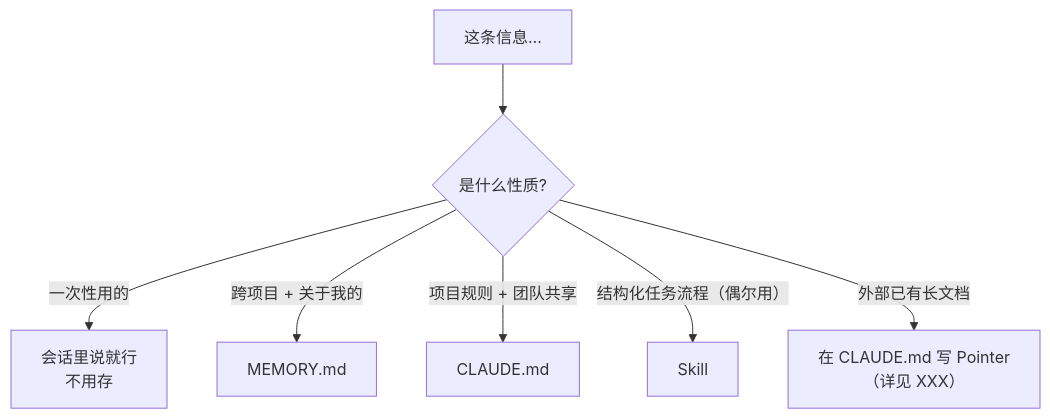
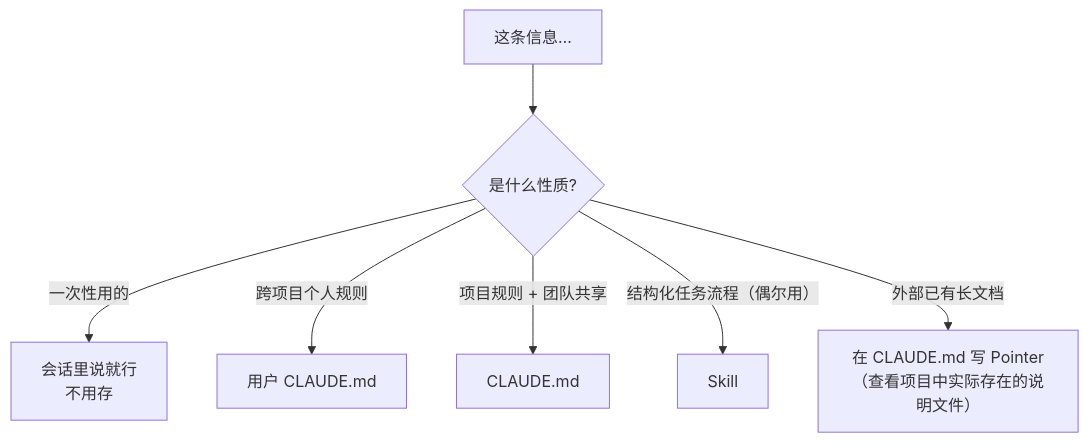
The fourth of 5 diagrams in manuscript/附录/D-决策流程图.md (mali9527/claude-code-full-guide-for-beginners), drawn with Mermaid before and after one commit. The commit also changed other lines of this file and 130 other files, not shown here.

````diff
--- a/manuscript/附录/D-决策流程图.md
+++ b/manuscript/附录/D-决策流程图.md
@@ -120,10 +117,10 @@
 ```mermaid
 %%{init: {"look": "handDrawn", "theme": "neutral", "themeVariables": {"fontFamily": "'Chalkboard SE','Comic Sans MS','Segoe Print','Kaiti SC','STKaiti','KaiTi','Bradley Hand',cursive", "fontSize": "15px"}}}%%
 flowchart TD
   A["这条信息…"] --> B{"是什么性质?"}
   B -->|"一次性用的"| C["会话里说就行<br/>不用存"]
-  B -->|"跨项目 + 关于我的"| D["MEMORY.md"]
+  B -->|"跨项目个人规则"| D["用户 CLAUDE.md"]
   B -->|"项目规则 + 团队共享"| E["CLAUDE.md"]
   B -->|"结构化任务流程（偶尔用）"| F["Skill"]
-  B -->|"外部已有长文档"| G["在 CLAUDE.md 写 Pointer<br/>（详见 XXX）"]
+  B -->|"外部已有长文档"| G["在 CLAUDE.md 写 Pointer<br/>（查看项目中实际存在的说明文件）"]
 ```
````
